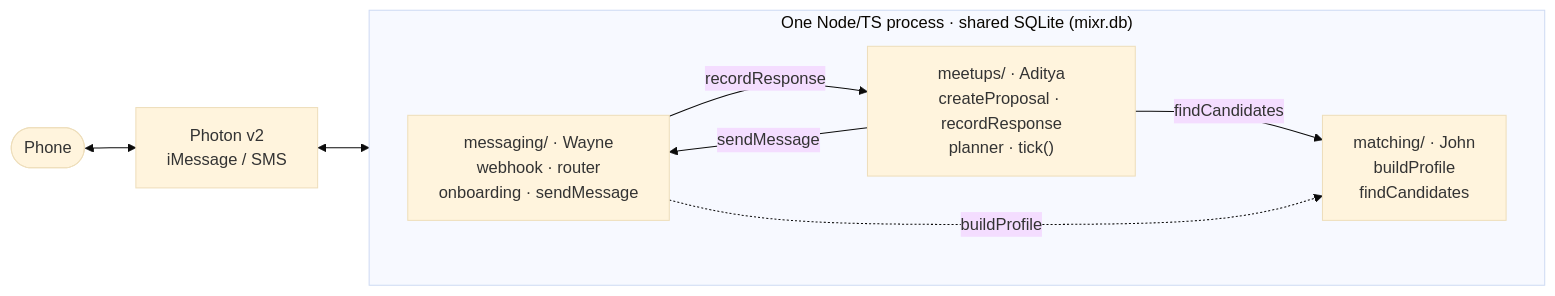
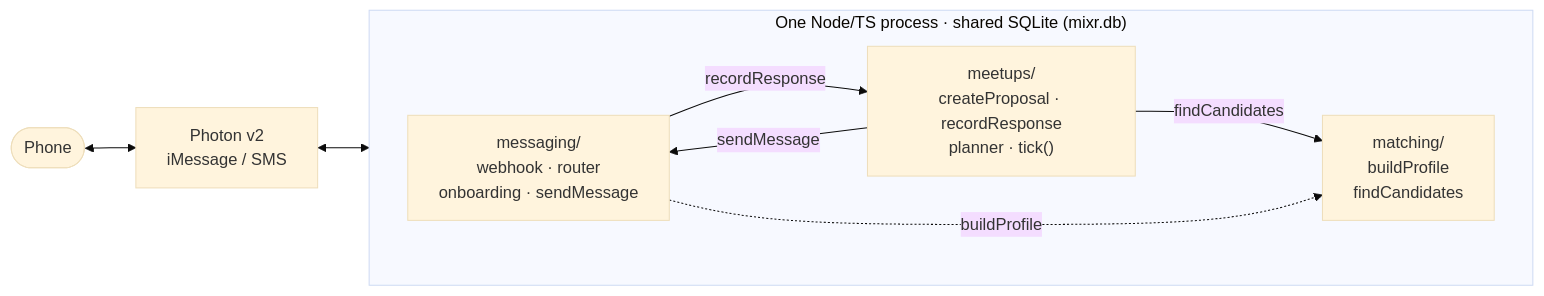
The second of 2 diagrams in README.md (Nano-AI/mixr), drawn with Mermaid (base theme) before and after one commit. The commit also changed other lines of this file and 2 other files, not shown here.

````diff
--- a/README.md
+++ b/README.md
@@ -19,14 +19,14 @@
 ```mermaid
 flowchart LR
     Phone(["Phone"]) <--> Photon["Photon v2<br/>iMessage / SMS"] <--> MSG
     subgraph App["One Node/TS process · shared SQLite (mixr.db)"]
         direction LR
-        MSG["messaging/ · Wayne<br/>webhook · router<br/>onboarding · sendMessage"]
-        MEET["meetups/ · Aditya<br/>createProposal · recordResponse<br/>planner · tick()"]
-        MAT["matching/ · John<br/>buildProfile<br/>findCandidates"]
+        MSG["messaging/<br/>webhook · router<br/>onboarding · sendMessage"]
+        MEET["meetups/<br/>createProposal · recordResponse<br/>planner · tick()"]
+        MAT["matching/<br/>buildProfile<br/>findCandidates"]
         MSG -- "recordResponse" --> MEET
         MEET -- "sendMessage" --> MSG
         MEET -- "findCandidates" --> MAT
         MSG -. "buildProfile" .-> MAT
     end
 ```
````
